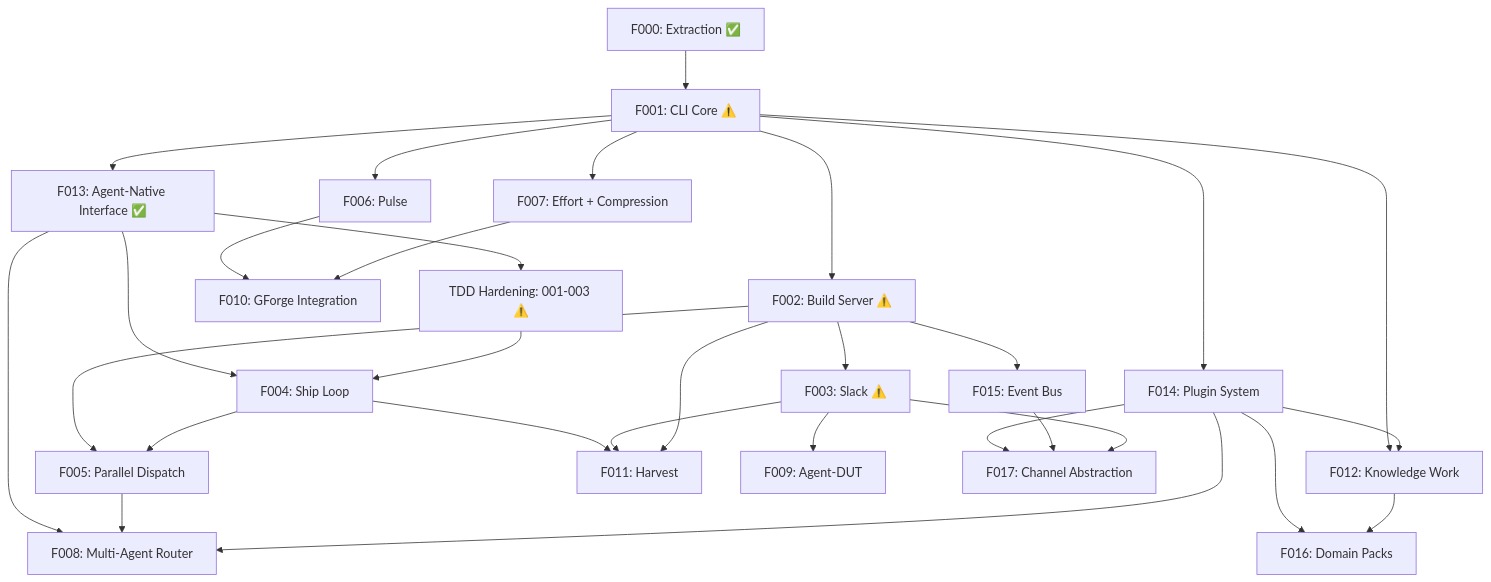
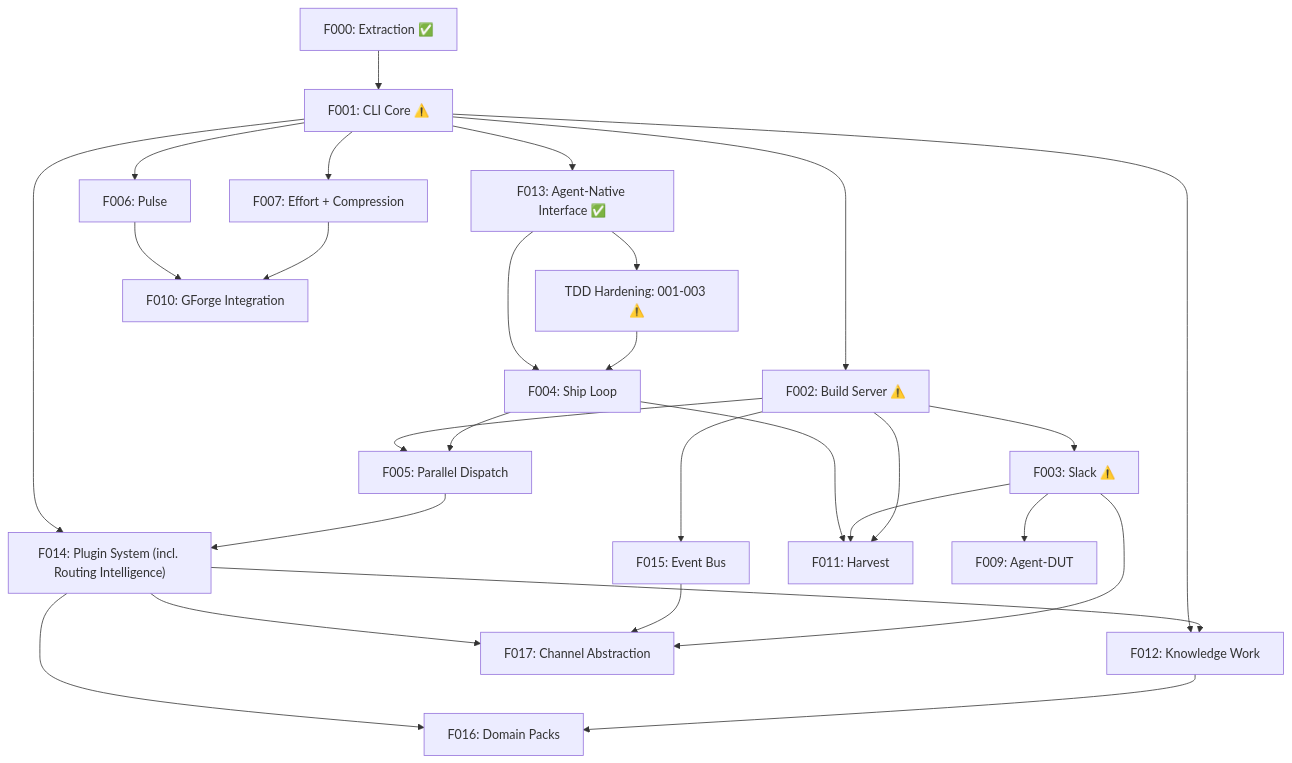
Before and after one commit to gforge-esc/gwrk: the diagram in specs/000-build-plan.md, drawn with Mermaid. The commit also changed other lines of this file and 3 other files, not shown here.

````diff
--- a/specs/000-build-plan.md
+++ b/specs/000-build-plan.md
@@ -24,32 +24,30 @@
 ```mermaid
 graph TD
     F000["F000: Extraction ✅"] --> F001["F001: CLI Core ⚠️"]
     F001 --> F013["F013: Agent-Native Interface ✅"]
     F001 --> F002["F002: Build Server ⚠️"]
     F001 --> F006["F006: Pulse"]
     F001 --> F007["F007: Effort + Compression"]
     F001 --> F012["F012: Knowledge Work"]
-    F001 --> F014["F014: Plugin System"]
+    F001 --> F014["F014: Plugin System (incl. Routing Intelligence)"]
     F002 --> F003["F003: Slack ⚠️"]
     F002 --> F005["F005: Parallel Dispatch"]
     F002 --> F015["F015: Event Bus"]
     F013 --> TDD["TDD Hardening: 001-003 ⚠️"]
     F013 --> F004["F004: Ship Loop"]
-    F013 --> F008["F008: Multi-Agent Router"]
     TDD --> F004
     F004 --> F005
     F004 --> F011["F011: Harvest"]
-    F005 --> F008
+    F005 --> F014
     F003 --> F009["F009: Agent-DUT"]
     F003 --> F011
     F002 --> F011
     F006 --> F010["F010: GForge Integration"]
     F007 --> F010
-    F014 --> F008
     F014 --> F012
     F014 --> F016["F016: Domain Packs"]
     F014 --> F017["F017: Channel Abstraction"]
     F015 --> F017
     F003 --> F017
     F012 --> F016
 ```
````
